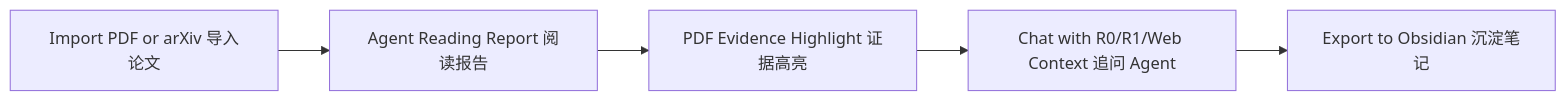
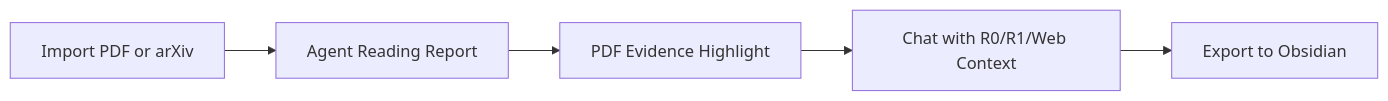
Before and after one commit to Tomfortomas/Paperflow: the diagram in README.md, drawn with Mermaid. The commit also changed other lines of this file and 24 other files, not shown here.

````diff
--- a/README.md
+++ b/README.md
@@ -31,7 +28,7 @@
 ```mermaid
 flowchart LR
-  importPdf["Import PDF or arXiv 导入论文"] --> readingReport["Agent Reading Report 阅读报告"]
-  readingReport --> evidenceHighlight["PDF Evidence Highlight 证据高亮"]
-  evidenceHighlight --> agentChat["Chat with R0/R1/Web Context 追问 Agent"]
-  agentChat --> obsidianExport["Export to Obsidian 沉淀笔记"]
+  importPdf["Import PDF or arXiv"] --> readingReport["Agent Reading Report"]
+  readingReport --> evidenceHighlight["PDF Evidence Highlight"]
+  evidenceHighlight --> agentChat["Chat with R0/R1/Web Context"]
+  agentChat --> obsidianExport["Export to Obsidian"]
 ```
````
